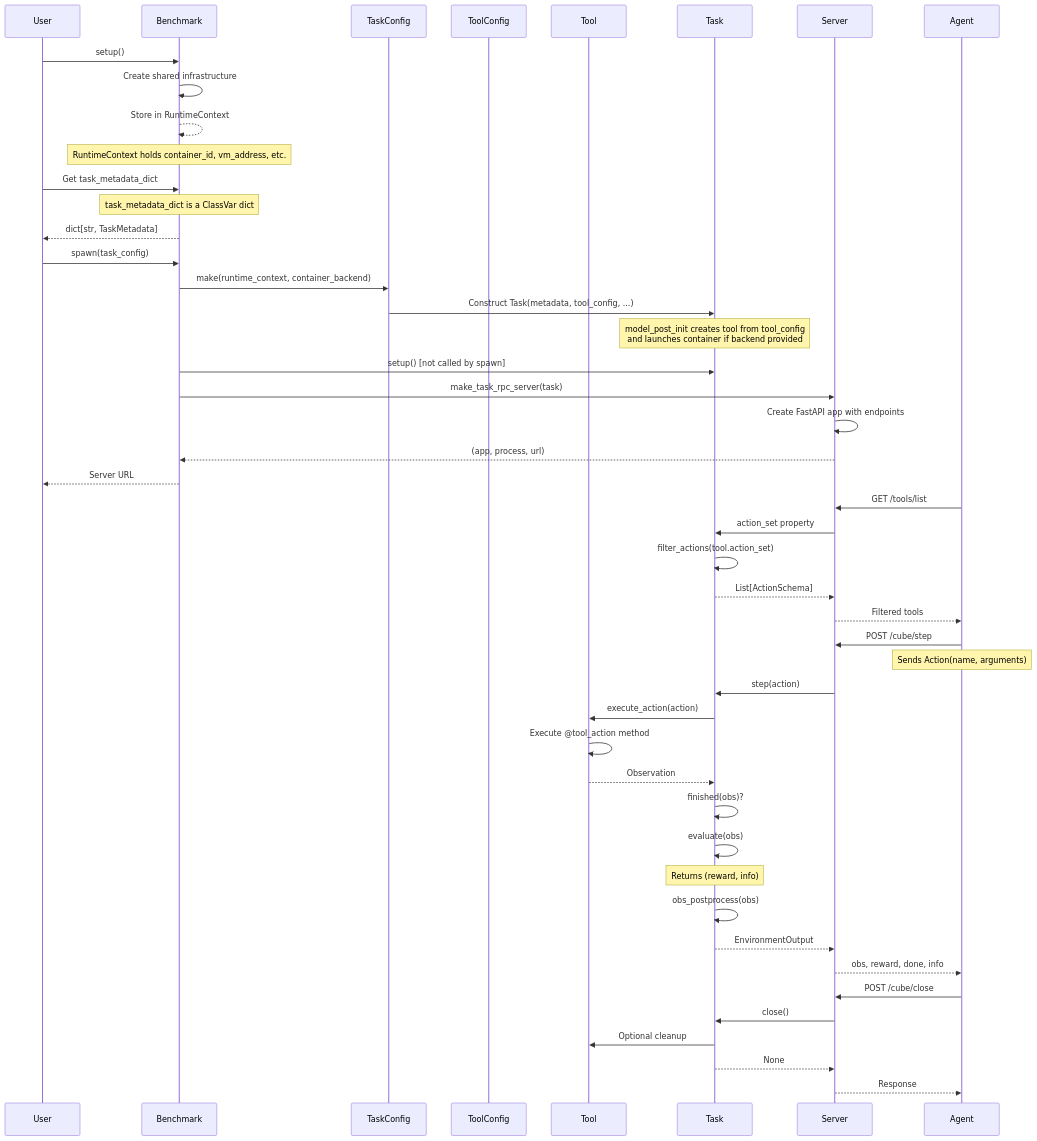
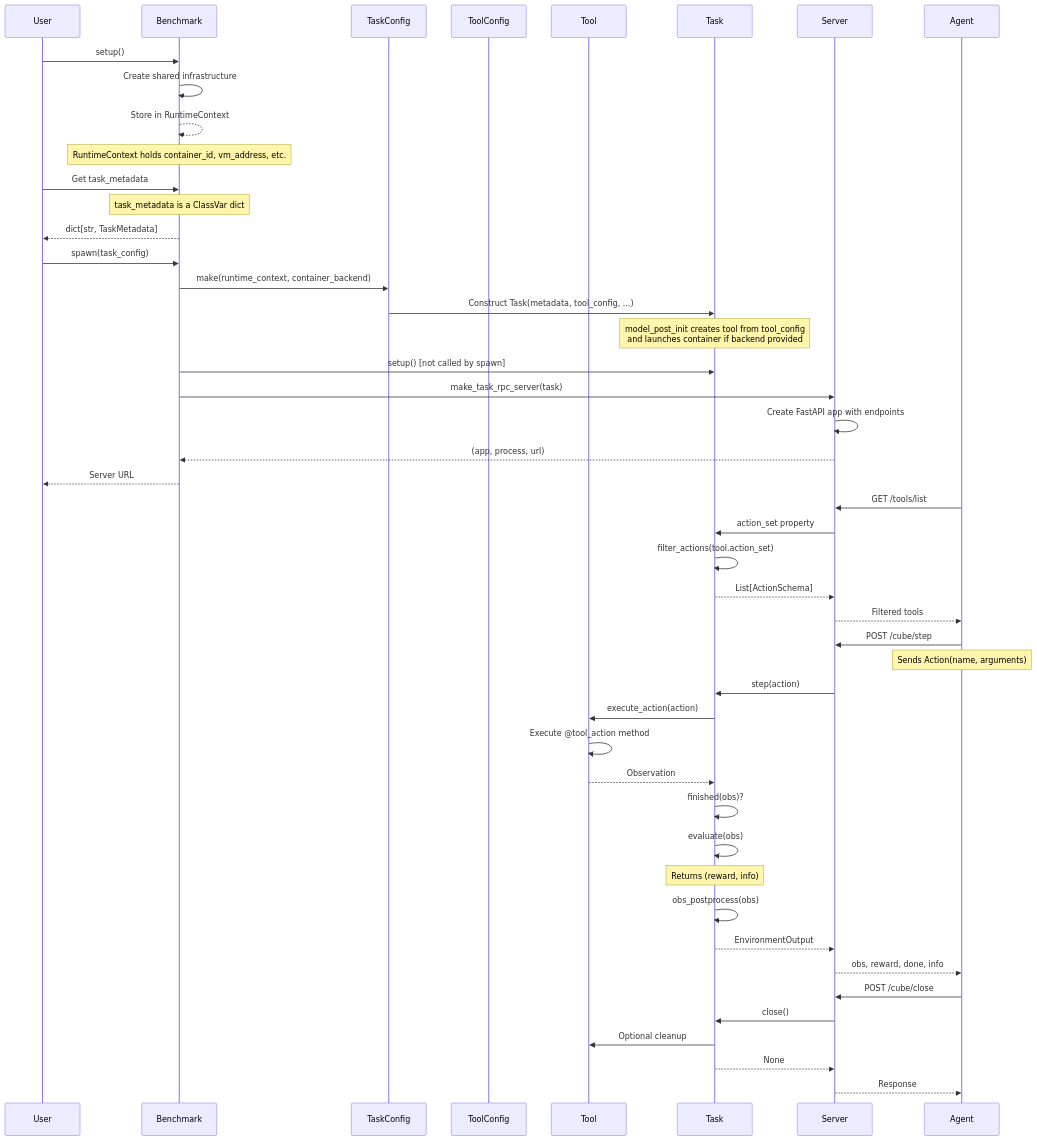
The second of 4 diagrams in architecture-diagram.md (The-AI-Alliance/cube-standard), drawn with Mermaid before and after one commit. The commit also changed other lines of this file and 9 other files, not shown here.

Commit message:
task_metadata_dict -> task_metadata

````diff
--- a/architecture-diagram.md
+++ b/architecture-diagram.md
@@ -67,66 +67,66 @@
 ```mermaid
 sequenceDiagram
     participant User
     participant Benchmark
     participant TaskConfig
     participant ToolConfig
     participant Tool
     participant Task
     participant Server
     participant Agent
 
     %% Setup Phase
     User->>Benchmark: setup()
     Benchmark->>Benchmark: Create shared infrastructure
     Benchmark-->>Benchmark: Store in RuntimeContext
     Note over Benchmark: RuntimeContext holds container_id, vm_address, etc.
 
     %% Get Task Metadata
-    User->>Benchmark: Get task_metadata_dict
-    Note over Benchmark: task_metadata_dict is a ClassVar dict
+    User->>Benchmark: Get task_metadata
+    Note over Benchmark: task_metadata is a ClassVar dict
     Benchmark-->>User: dict[str, TaskMetadata]
 
     %% Spawning a Task Server
     User->>Benchmark: spawn(task_config)
     Benchmark->>TaskConfig: make(runtime_context, container_backend)
 
     %% Create Tool & Container
     TaskConfig->>Task: Construct Task(metadata, tool_config, ...)
     Note over Task: model_post_init creates tool from tool_config<br/>and launches container if backend provided
 
     %% Create Server
     Benchmark->>Task: setup() [not called by spawn]
 
     %% Create Server
     Benchmark->>Server: make_task_rpc_server(task)
     Server->>Server: Create FastAPI app with endpoints
     Server-->>Benchmark: (app, process, url)
     Benchmark-->>User: Server URL
 
     %% Task Execution Loop
     Agent->>Server: GET /tools/list
     Server->>Task: action_set property
     Task->>Task: filter_actions(tool.action_set)
     Task-->>Server: List[ActionSchema]
     Server-->>Agent: Filtered tools
 
     Agent->>Server: POST /cube/step
     Note over Agent: Sends Action(name, arguments)
     Server->>Task: step(action)
     Task->>Tool: execute_action(action)
     Tool->>Tool: Execute @tool_action method
     Tool-->>Task: Observation
     Task->>Task: finished(obs)?
     Task->>Task: evaluate(obs)
     Note over Task: Returns (reward, info)
     Task->>Task: obs_postprocess(obs)
     Task-->>Server: EnvironmentOutput
     Server-->>Agent: obs, reward, done, info
 
     %% Cleanup
     Agent->>Server: POST /cube/close
     Server->>Task: close()
     Task->>Tool: Optional cleanup
     Task-->>Server: None
     Server-->>Agent: Response
 ```
````
